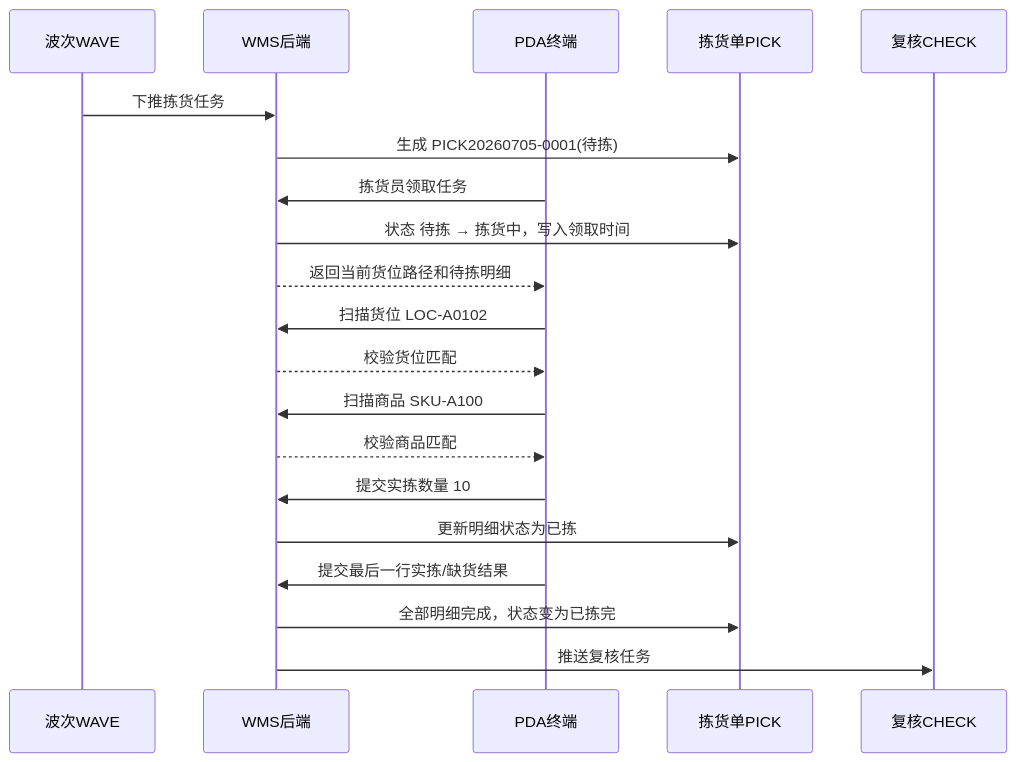
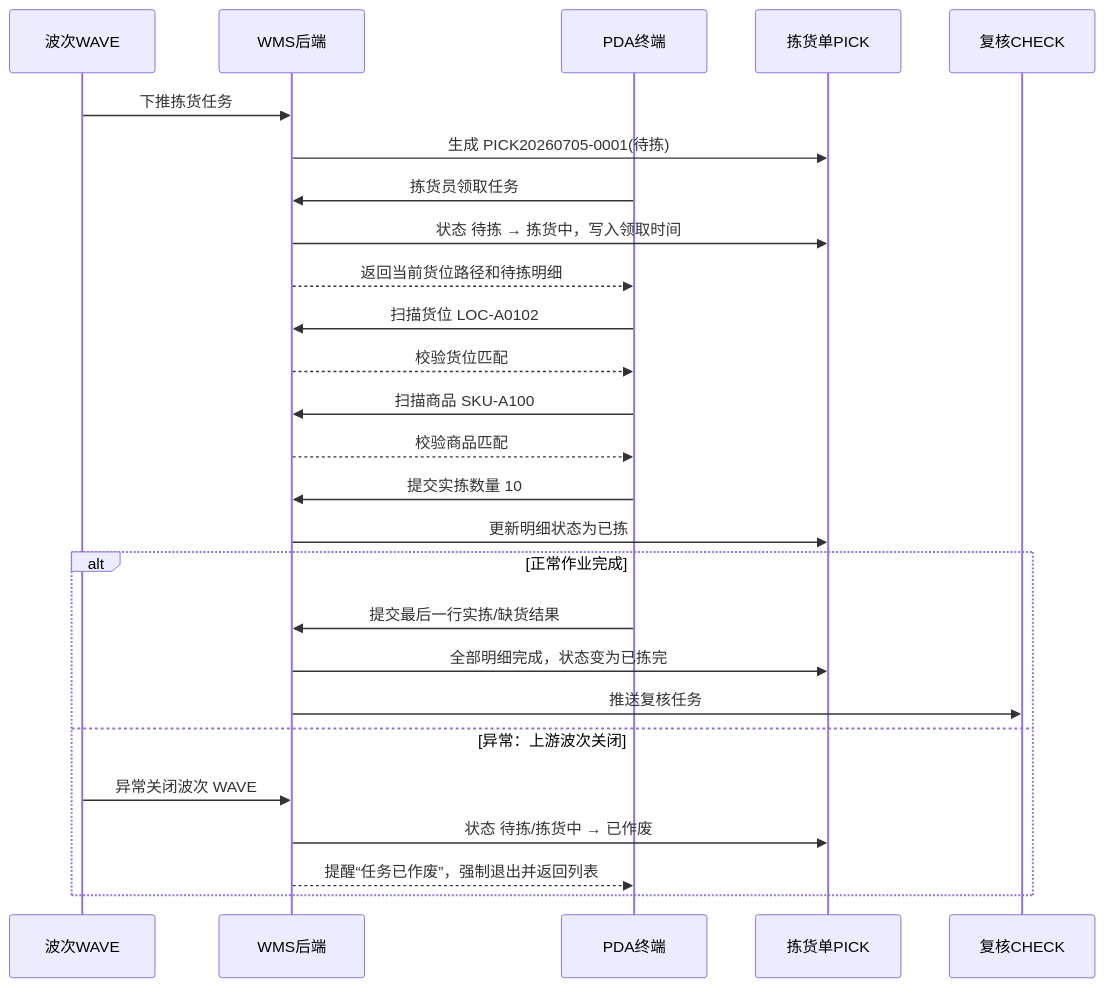
Before and after one commit to lophyJessica/forge-crm: the second of 2 diagrams in prd-docs/出库管理/拣货单/拣货单_业务流程推演.md, drawn with Mermaid. The commit also changed other lines of this file and 50 other files, not shown here.

````diff
--- a/prd-docs/出库管理/拣货单/拣货单_业务流程推演.md
+++ b/prd-docs/出库管理/拣货单/拣货单_业务流程推演.md
@@ -54,23 +58,29 @@
 ```mermaid
 sequenceDiagram
     participant WAVE as 波次WAVE
     participant WMS as WMS后端
     participant PDA as PDA终端
     participant PICK as 拣货单PICK
     participant CHECK as 复核CHECK
 
     WAVE->>WMS: 下推拣货任务
     WMS->>PICK: 生成 PICK20260705-0001(待拣)
     PDA->>WMS: 拣货员领取任务
     WMS->>PICK: 状态 待拣 → 拣货中，写入领取时间
     WMS-->>PDA: 返回当前货位路径和待拣明细
     PDA->>WMS: 扫描货位 LOC-A0102
     WMS-->>PDA: 校验货位匹配
     PDA->>WMS: 扫描商品 SKU-A100
     WMS-->>PDA: 校验商品匹配
     PDA->>WMS: 提交实拣数量 10
     WMS->>PICK: 更新明细状态为已拣
-    PDA->>WMS: 提交最后一行实拣/缺货结果
-    WMS->>PICK: 全部明细完成，状态变为已拣完
-    WMS->>CHECK: 推送复核任务
+    alt 正常作业完成
+        PDA->>WMS: 提交最后一行实拣/缺货结果
+        WMS->>PICK: 全部明细完成，状态变为已拣完
+        WMS->>CHECK: 推送复核任务
+    else 异常：上游波次关闭
+        WAVE->>WMS: 异常关闭波次 WAVE
+        WMS->>PICK: 状态 待拣/拣货中 → 已作废
+        WMS-->>PDA: 提醒“任务已作废”，强制退出并返回列表
+    end
 ```
````
